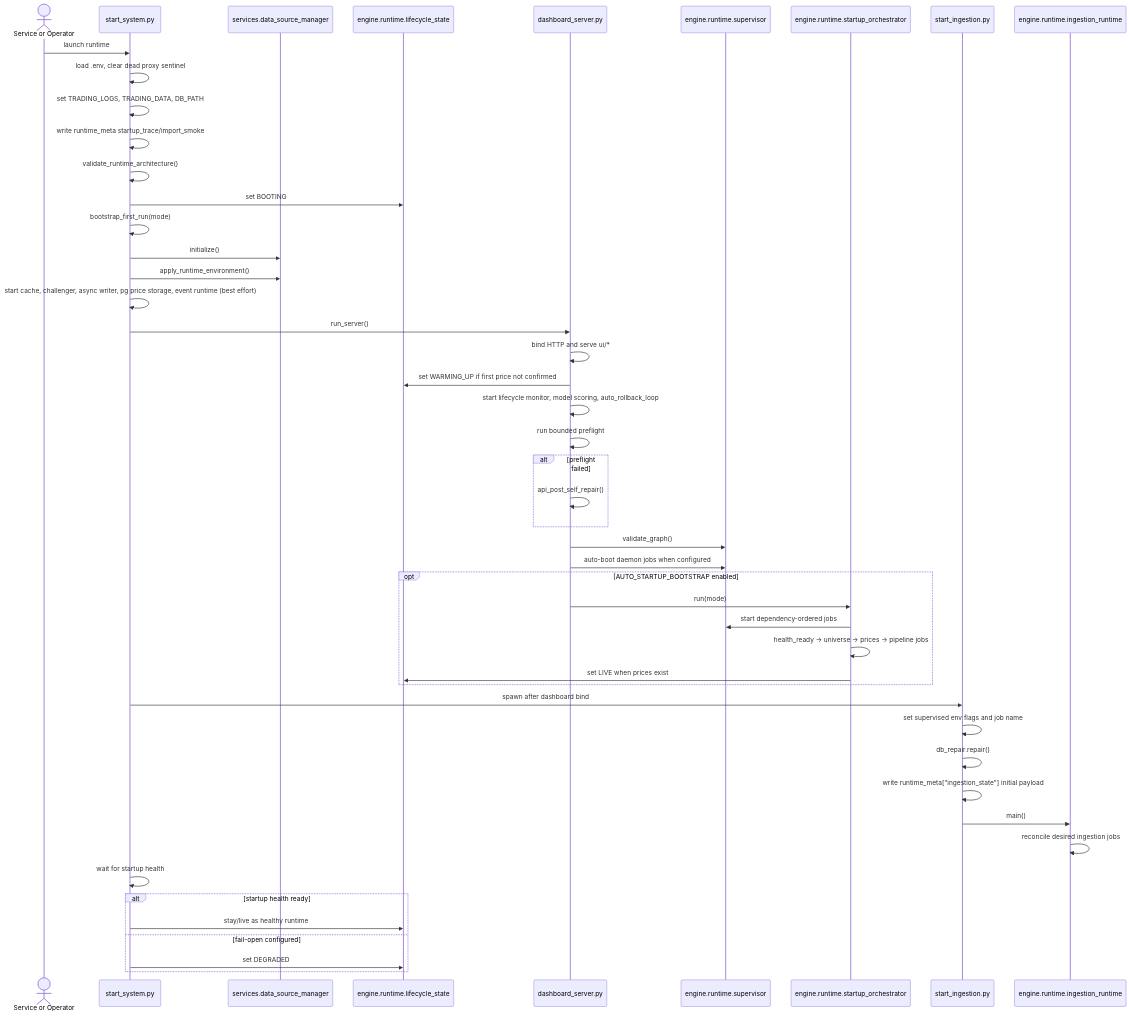
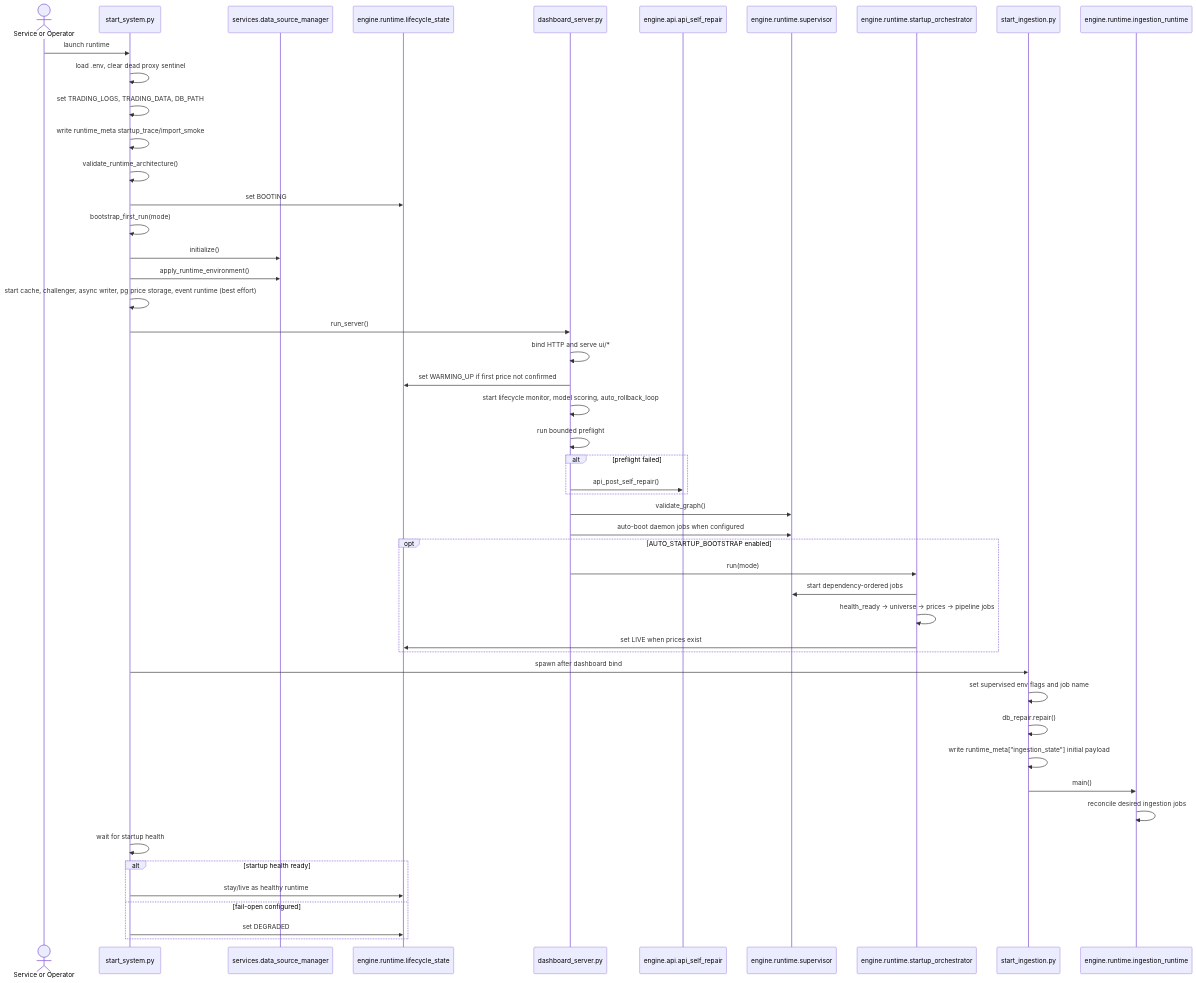
One commit to dschincariol/system changed the first of 5 diagrams in docs/SEQUENCE_DIAGRAMS_EXTENDED.md. Above: the diagram before and after it, drawn with Mermaid. The commit also changed other lines of this file and 290 other files, not shown here.

````diff
--- a/docs/SEQUENCE_DIAGRAMS_EXTENDED.md
+++ b/docs/SEQUENCE_DIAGRAMS_EXTENDED.md
@@ -7,51 +7,52 @@
 ```mermaid
 sequenceDiagram
     actor Service as Service or Operator
     participant Start as start_system.py
     participant DS as services.data_source_manager
     participant Life as engine.runtime.lifecycle_state
     participant Dash as dashboard_server.py
+    participant Repair as engine.api.api_self_repair
     participant Sup as engine.runtime.supervisor
     participant Orch as engine.runtime.startup_orchestrator
     participant IngEntry as start_ingestion.py
     participant Ing as engine.runtime.ingestion_runtime
 
     Service->>Start: launch runtime
     Start->>Start: load .env, clear dead proxy sentinel
     Start->>Start: set TRADING_LOGS, TRADING_DATA, DB_PATH
     Start->>Start: write runtime_meta startup_trace/import_smoke
     Start->>Start: validate_runtime_architecture()
     Start->>Life: set BOOTING
     Start->>Start: bootstrap_first_run(mode)
     Start->>DS: initialize()
     Start->>DS: apply_runtime_environment()
     Start->>Start: start cache, challenger, async writer, pg price storage, event runtime (best effort)
     Start->>Dash: run_server()
     Dash->>Dash: bind HTTP and serve ui/*
     Dash->>Life: set WARMING_UP if first price not confirmed
     Dash->>Dash: start lifecycle monitor, model scoring, auto_rollback_loop
     Dash->>Dash: run bounded preflight
     alt preflight failed
-        Dash->>Dash: api_post_self_repair()
+        Dash->>Repair: api_post_self_repair()
     end
     Dash->>Sup: validate_graph()
     Dash->>Sup: auto-boot daemon jobs when configured
     opt AUTO_STARTUP_BOOTSTRAP enabled
         Dash->>Orch: run(mode)
         Orch->>Sup: start dependency-ordered jobs
         Orch->>Orch: health_ready -> universe -> prices -> pipeline jobs
         Orch->>Life: set LIVE when prices exist
     end
     Start->>IngEntry: spawn after dashboard bind
     IngEntry->>IngEntry: set supervised env flags and job name
     IngEntry->>IngEntry: db_repair.repair()
     IngEntry->>IngEntry: write runtime_meta["ingestion_state"] initial payload
     IngEntry->>Ing: main()
     Ing->>Ing: reconcile desired ingestion jobs
     Start->>Start: wait for startup health
     alt startup health ready
         Start->>Life: stay/live as healthy runtime
     else fail-open configured
         Start->>Life: set DEGRADED
     end
 ```
````
